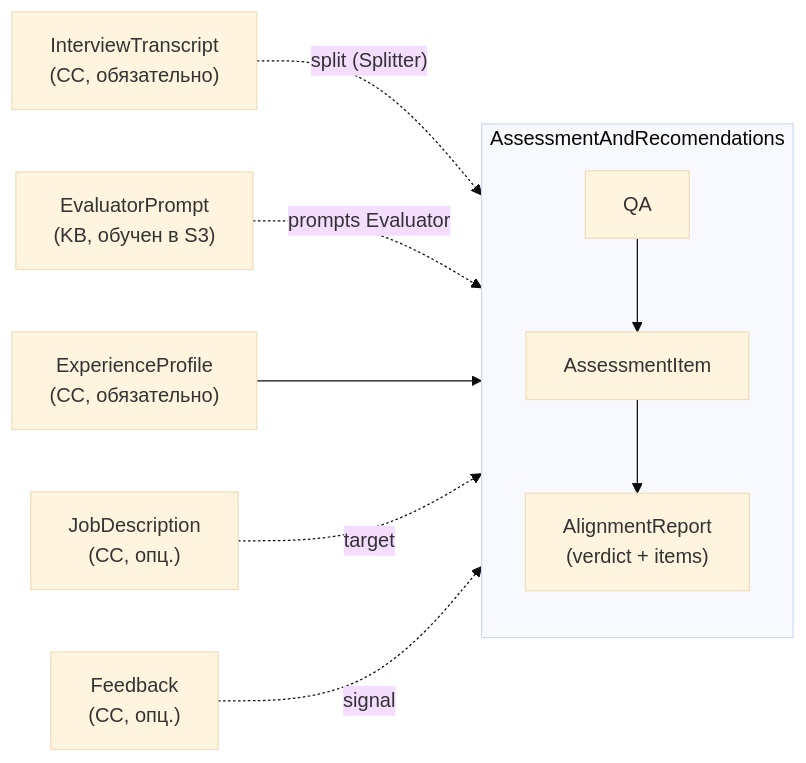
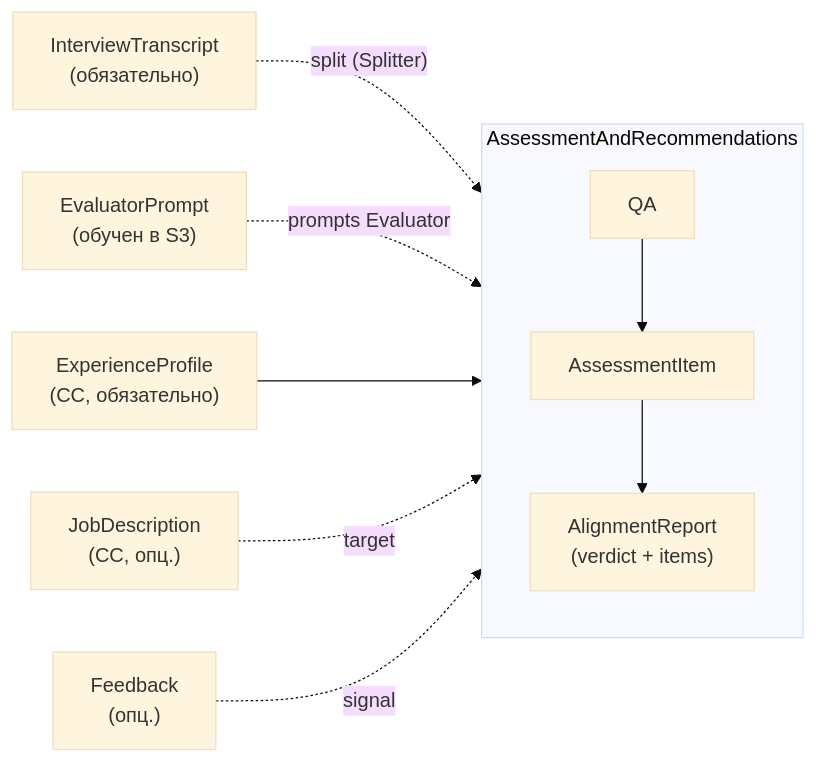
Before and after one commit to margomrkv/interview-debrief-assistant: the third of 4 diagrams in md/spec.md, drawn with Mermaid (base theme). The commit also changed other lines of this file, not shown here.

````diff
--- a/md/spec.md
+++ b/md/spec.md
@@ -273,25 +278,25 @@
 ```mermaid
 flowchart LR
     %% Входы (запрашиваются AR'ом)
-    CC_T["InterviewTranscript<br/>(CC, обязательно)"]
+    CC_T["InterviewTranscript<br/>(обязательно)"]
     CC_J["JobDescription<br/>(CC, опц.)"]
     CC_P["ExperienceProfile<br/>(CC, обязательно)"]
-    CC_F["Feedback<br/>(CC, опц.)"]
-    KB_P["EvaluatorPrompt<br/>(KB, обучен в S3)"]
+    CC_F["Feedback<br/>(опц.)"]
+    KB_P["EvaluatorPrompt<br/>(обучен в S3)"]
 
     %% Rollup-чейн внутри AR
-    subgraph AR["AssessmentAndRecomendations"]
+    subgraph AR["AssessmentAndRecommendations"]
         direction TB
         QA["QA"]
         AI["AssessmentItem"]
         REP["AlignmentReport<br/>(verdict + items)"]
         QA --> AI
         AI --> REP
     end
 
     CC_T -. "split (Splitter)" .-> QA
     KB_P -. "prompts Evaluator" .-> AI
     CC_P --> REP
     CC_J -. "target" .-> REP
     CC_F -. "signal" .-> REP
 ```
````
